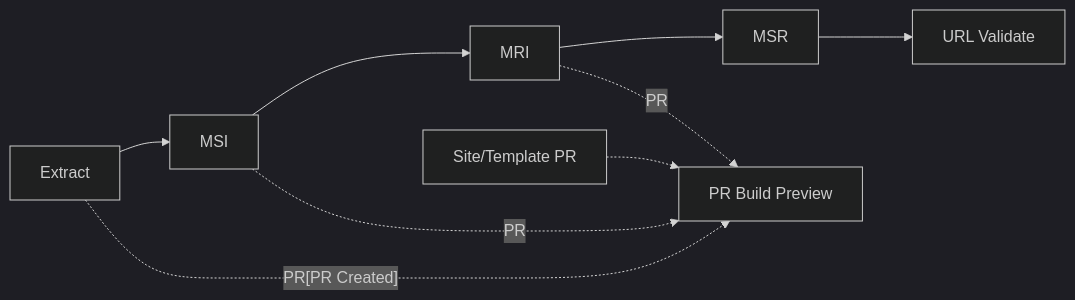
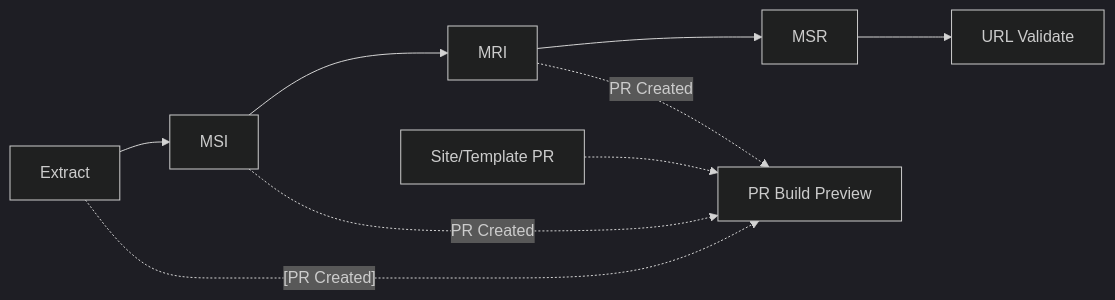
Before and after one commit to SteveLLamb/mediastandards-registry: the diagram in README.md, drawn with Mermaid (dark theme).

Commit message:
change graph

````diff
--- a/README.md
+++ b/README.md
@@ -61,13 +61,13 @@
 ```mermaid
 graph LR
   A[Extract] --> B[MSI]
   B --> C[MRI]
   C --> D[MSR]
   D --> E[URL Validate]
 
   %% PR preview paths (dotted lines indicate PR-triggered previews)
-  A -. PR[PR Created] .-> P[PR Build Preview]
-  B -. PR .-> P
-  C -. PR .-> P
+  A -. [PR Created] .-> P[PR Build Preview]
+  B -. "PR Created" .-> P
+  C -. "PR Created" .-> P
   S[Site/Template PR] -.-> P
 ```
````
